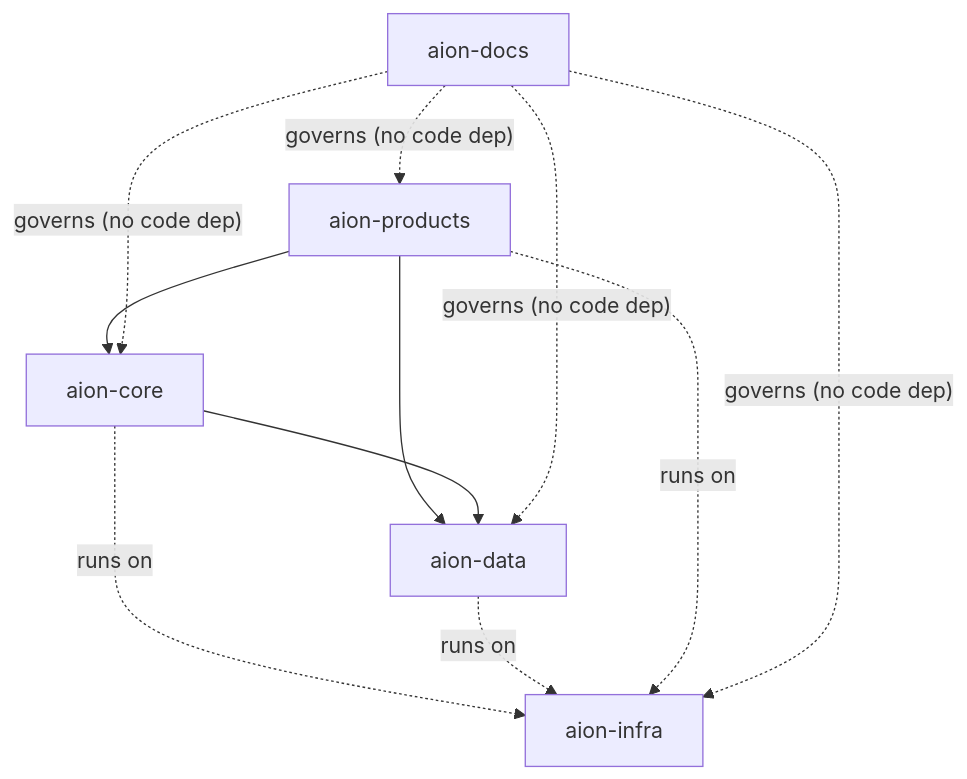
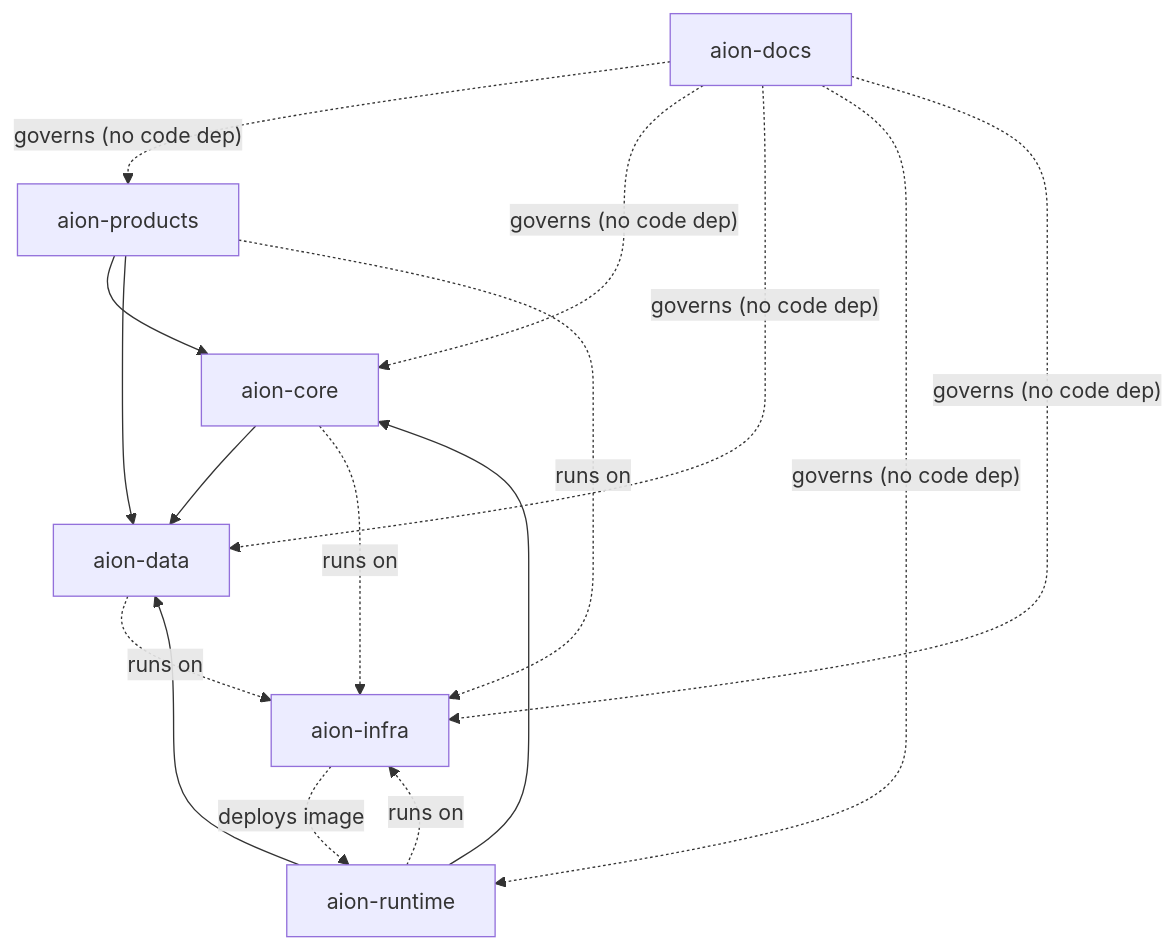
The diagram in repositories/dependency-rules.md (Ceoloo/aion-docs), drawn with Mermaid before and after one commit. The commit also changed other lines of this file and 5 other files, not shown here.

First line of the commit message:
ADR-002: ratify runtime-host ownership — aion-runtime as the sixth canonical repository

````diff
--- a/repositories/dependency-rules.md
+++ b/repositories/dependency-rules.md
@@ -10,10 +10,14 @@
 ```mermaid
 flowchart TD
     PROD["aion-products"] --> CORE["aion-core"]
     PROD --> DATA["aion-data"]
+    RUNTIME["aion-runtime"] --> CORE
+    RUNTIME --> DATA
     CORE --> DATA
     CORE -. runs on .-> INFRA["aion-infra"]
     DATA -. runs on .-> INFRA
+    RUNTIME -. runs on .-> INFRA
     PROD -. runs on .-> INFRA
-    DOCS["aion-docs"] -. governs (no code dep) .-> PROD & CORE & DATA & INFRA
+    INFRA -. deploys image .-> RUNTIME
+    DOCS["aion-docs"] -. governs (no code dep) .-> PROD & CORE & DATA & RUNTIME & INFRA
 ```
````
